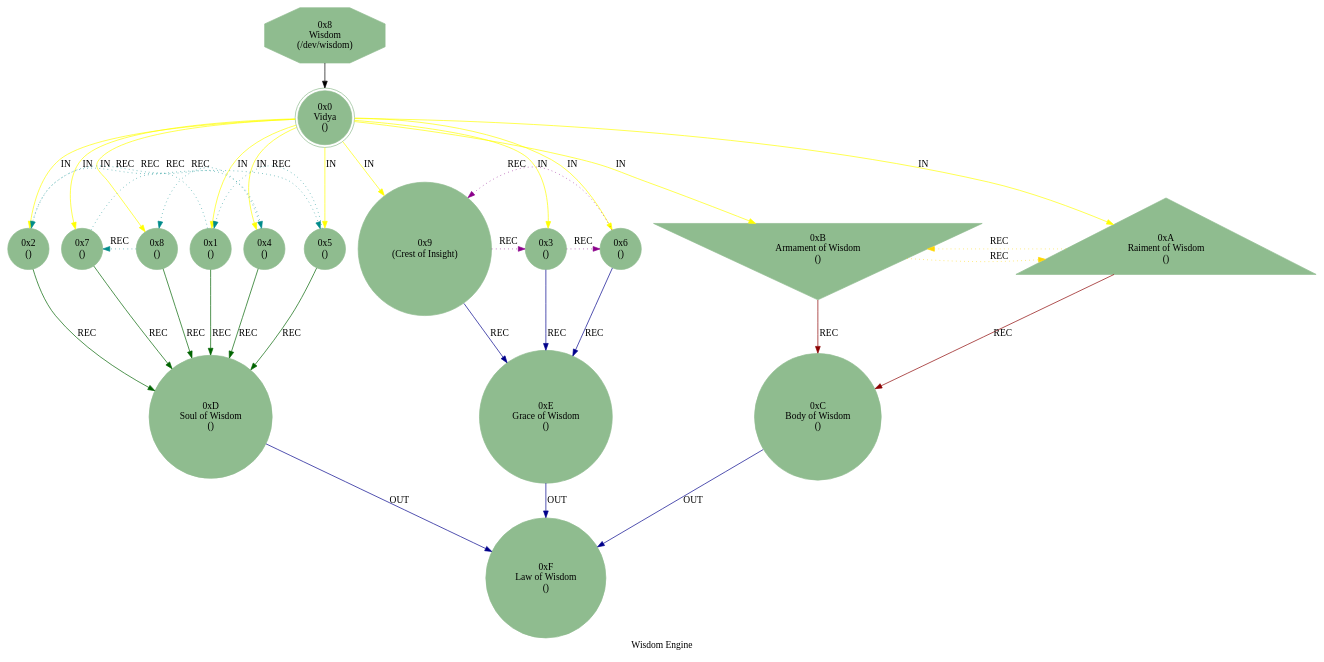
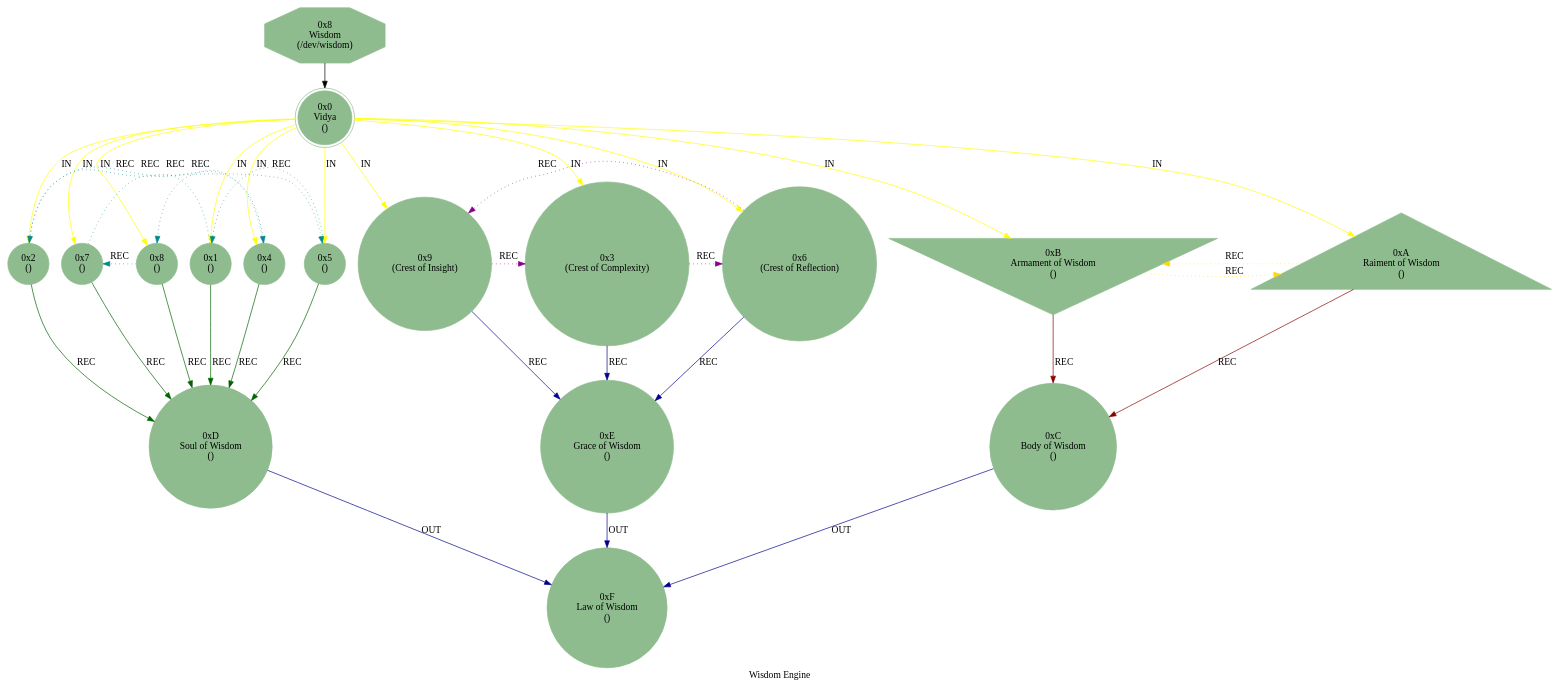
The diagram in src/core/mythos_dev_wisdom.dot (cilang/mythos), drawn with Graphviz before and after one commit. The commit also changed 4 other files, not shown here.

```diff
--- a/src/core/mythos_dev_wisdom.dot
+++ b/src/core/mythos_dev_wisdom.dot
@@ -1,43 +1,43 @@
 strict digraph G {
     label = "Wisdom Engine";
     style = filled;
     color = blue;
     comment = "";
     node [shape = polygon; sides = 8; style = filled; color = darkseagreen;];
     
     spark_8_mythos_t [label = "0x8\nWisdom\n(/dev/wisdom)";];
     
     spark_0_wisdom_t [label = "0x0\nVidya\n()";shape = doublecircle;comment = "";];
     spark_1_wisdom_t [label = "0x1\n()";shape = circle;comment = "";];
     spark_2_wisdom_t [label = "0x2\n()";shape = circle;comment = "";];
-    spark_3_wisdom_t [label = "0x3\n()";shape = circle;comment = "";];
+    spark_3_wisdom_t [label = "0x3\n(Crest of Complexity)";shape = circle;comment = "";];
     spark_4_wisdom_t [label = "0x4\n()";shape = circle;comment = "";];
     spark_5_wisdom_t [label = "0x5\n()";shape = circle;comment = "";];
-    spark_6_wisdom_t [label = "0x6\n()";shape = circle;comment = "";];
+    spark_6_wisdom_t [label = "0x6\n(Crest of Reflection)";shape = circle;comment = "";];
     spark_7_wisdom_t [label = "0x7\n()";shape = circle;comment = "";];
     spark_8_wisdom_t [label = "0x8\n()";shape = circle;comment = "";];
     spark_9_wisdom_t [label = "0x9\n(Crest of Insight)";shape = circle;comment = "";];
     spark_a_wisdom_t [label = "0xA\nRaiment of Wisdom\n()";shape = triangle;comment = "";];
     spark_b_wisdom_t [label = "0xB\nArmament of Wisdom\n()";shape = invtriangle;comment = "";];
     spark_c_wisdom_t [label = "0xC\nBody of Wisdom\n()";shape = circle;comment = "";];
     spark_d_wisdom_t [label = "0xD\nSoul of Wisdom\n()";shape = circle;comment = "";];
     spark_e_wisdom_t [label = "0xE\nGrace of Wisdom\n()";shape = circle;comment = "";];
     spark_f_wisdom_t [label = "0xF\nLaw of Wisdom\n()";shape = circle;comment = "";];
     
     // Wisdom
     spark_8_mythos_t -> spark_0_wisdom_t;
     // IN = Input
     // OUT = Output
     // REC = Recursion
     spark_0_wisdom_t -> {spark_a_wisdom_t spark_b_wisdom_t spark_1_wisdom_t spark_2_wisdom_t spark_3_wisdom_t spark_4_wisdom_t spark_5_wisdom_t spark_6_wisdom_t spark_7_wisdom_t spark_8_wisdom_t spark_9_wisdom_t} [label = "IN"; color = yellow; comment = "";];
     
     {spark_a_wisdom_t spark_b_wisdom_t} -> spark_c_wisdom_t [label = "REC"; color = darkred; comment = "";];
     {spark_1_wisdom_t spark_2_wisdom_t spark_4_wisdom_t spark_8_wisdom_t spark_7_wisdom_t spark_5_wisdom_t} -> spark_d_wisdom_t [label = "REC"; color = darkgreen; comment = "";];
     {spark_3_wisdom_t spark_6_wisdom_t spark_9_wisdom_t} -> spark_e_wisdom_t [label = "REC"; color = darkblue; comment = "";];
     
     spark_1_wisdom_t -> spark_2_wisdom_t -> spark_4_wisdom_t -> spark_8_wisdom_t -> spark_7_wisdom_t -> spark_5_wisdom_t -> spark_1_wisdom_t [label = "REC"; color = darkcyan; comment = ""; style = dotted; constraint = false;];
     spark_3_wisdom_t -> spark_6_wisdom_t -> spark_9_wisdom_t -> spark_3_wisdom_t [label = "REC"; color = darkmagenta; comment = ""; style = dotted; constraint = false;];
     spark_a_wisdom_t -> spark_b_wisdom_t -> spark_a_wisdom_t [label = "REC"; color = gold; comment = ""; style = dotted; constraint = false;];
     
     {spark_c_wisdom_t spark_d_wisdom_t spark_e_wisdom_t} -> spark_f_wisdom_t [label = "OUT"; color = darkblue; comment = "";];
 }
```
